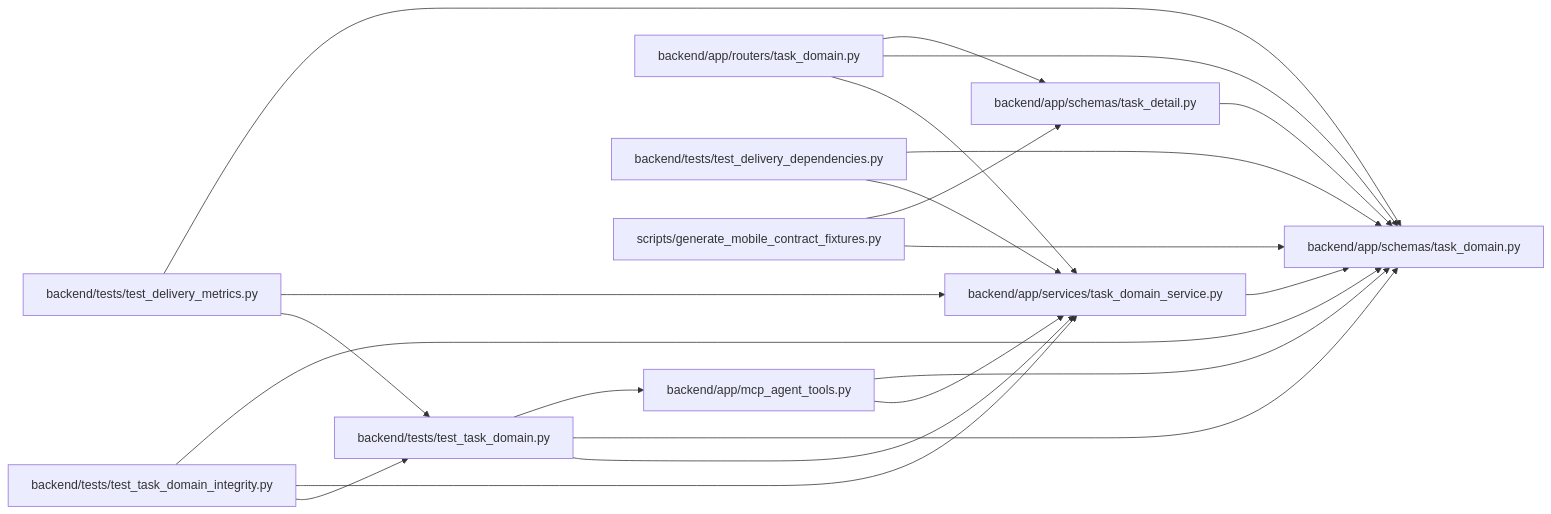
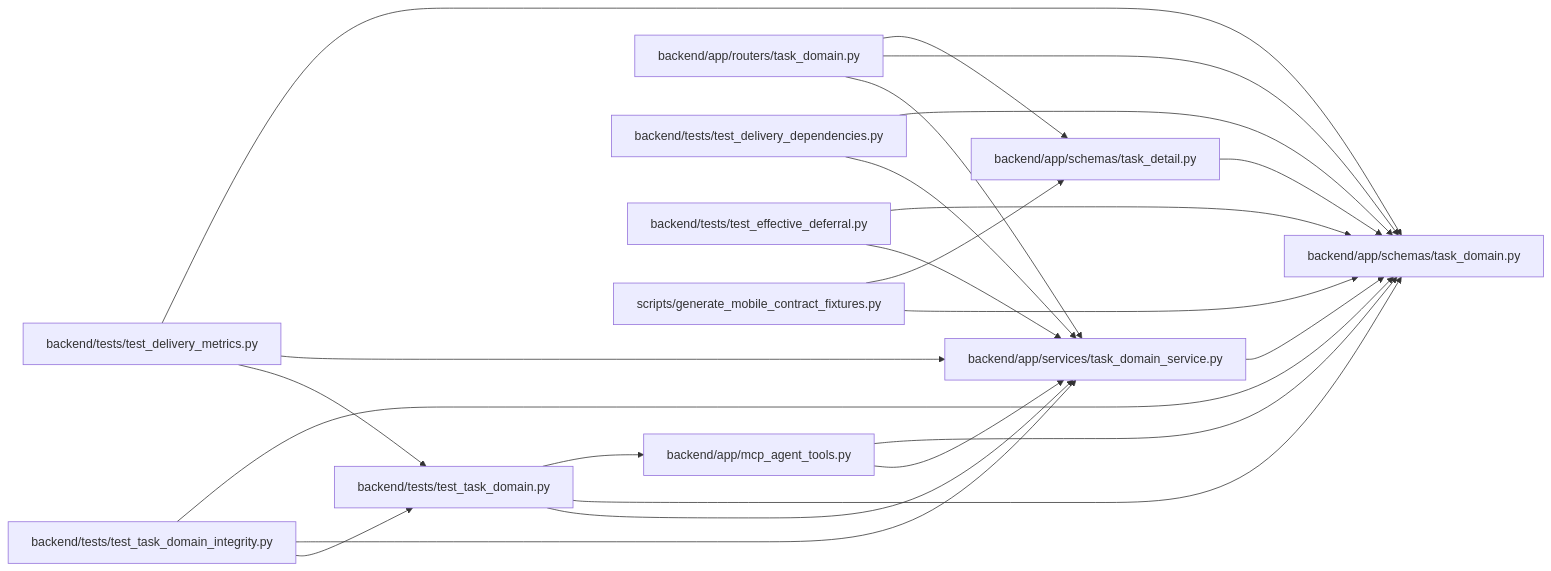
Before and after one commit to Denissvgn/WorkChord: the diagram in docs/llm_wiki/modules/schemas_task_domain.md, drawn with Mermaid. The commit also changed other lines of this file and 385 other files, not shown here.

````diff
--- a/docs/llm_wiki/modules/schemas_task_domain.md
+++ b/docs/llm_wiki/modules/schemas_task_domain.md
@@ -19,43 +19,47 @@
 ```mermaid
 flowchart LR
     n0["backend/app/mcp_agent_tools.py"]
     n1["backend/app/routers/task_domain.py"]
     n2["backend/app/schemas/task_detail.py"]
     n3["backend/app/schemas/task_domain.py"]
     n4["backend/app/services/task_domain_service.py"]
     n5["backend/tests/test_delivery_dependencies.py"]
     n6["backend/tests/test_delivery_metrics.py"]
-    n7["backend/tests/test_task_domain.py"]
-    n8["backend/tests/test_task_domain_integrity.py"]
-    n9["scripts/generate_mobile_contract_fixtures.py"]
+    n7["backend/tests/test_effective_deferral.py"]
+    n8["backend/tests/test_task_domain.py"]
+    n9["backend/tests/test_task_domain_integrity.py"]
+    n10["scripts/generate_mobile_contract_fixtures.py"]
     n0 --> n3
     n0 --> n4
     n1 --> n2
     n1 --> n3
     n1 --> n4
     n2 --> n3
     n4 --> n3
     n5 --> n3
     n5 --> n4
     n6 --> n3
     n6 --> n4
-    n6 --> n7
-    n7 --> n0
+    n6 --> n8
     n7 --> n3
     n7 --> n4
+    n8 --> n0
     n8 --> n3
     n8 --> n4
-    n8 --> n7
-    n9 --> n2
     n9 --> n3
+    n9 --> n4
+    n9 --> n8
+    n10 --> n2
+    n10 --> n3
     click n0 "../modules/mcp_agent_tools.md"
     click n1 "../modules/routers_task_domain.md"
     click n2 "../modules/task_detail.md"
     click n3 "../modules/schemas_task_domain.md"
     click n4 "../modules/task_domain_service.md"
     click n5 "../modules/test_delivery_dependencies.md"
     click n6 "../modules/test_delivery_metrics.md"
-    click n7 "../modules/test_task_domain.md"
-    click n8 "../modules/test_task_domain_integrity.md"
-    click n9 "../modules/generate_mobile_contract_fixtures.md"
+    click n7 "../modules/test_effective_deferral.md"
+    click n8 "../modules/test_task_domain.md"
+    click n9 "../modules/test_task_domain_integrity.md"
+    click n10 "../modules/generate_mobile_contract_fixtures.md"
 ```
````
